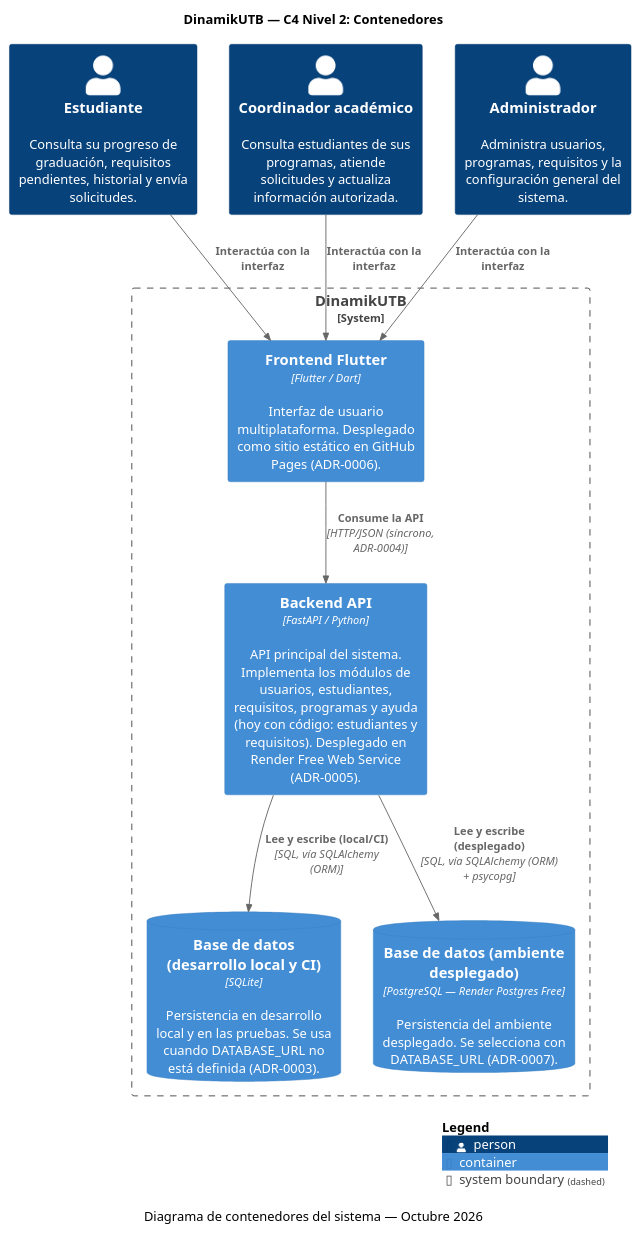
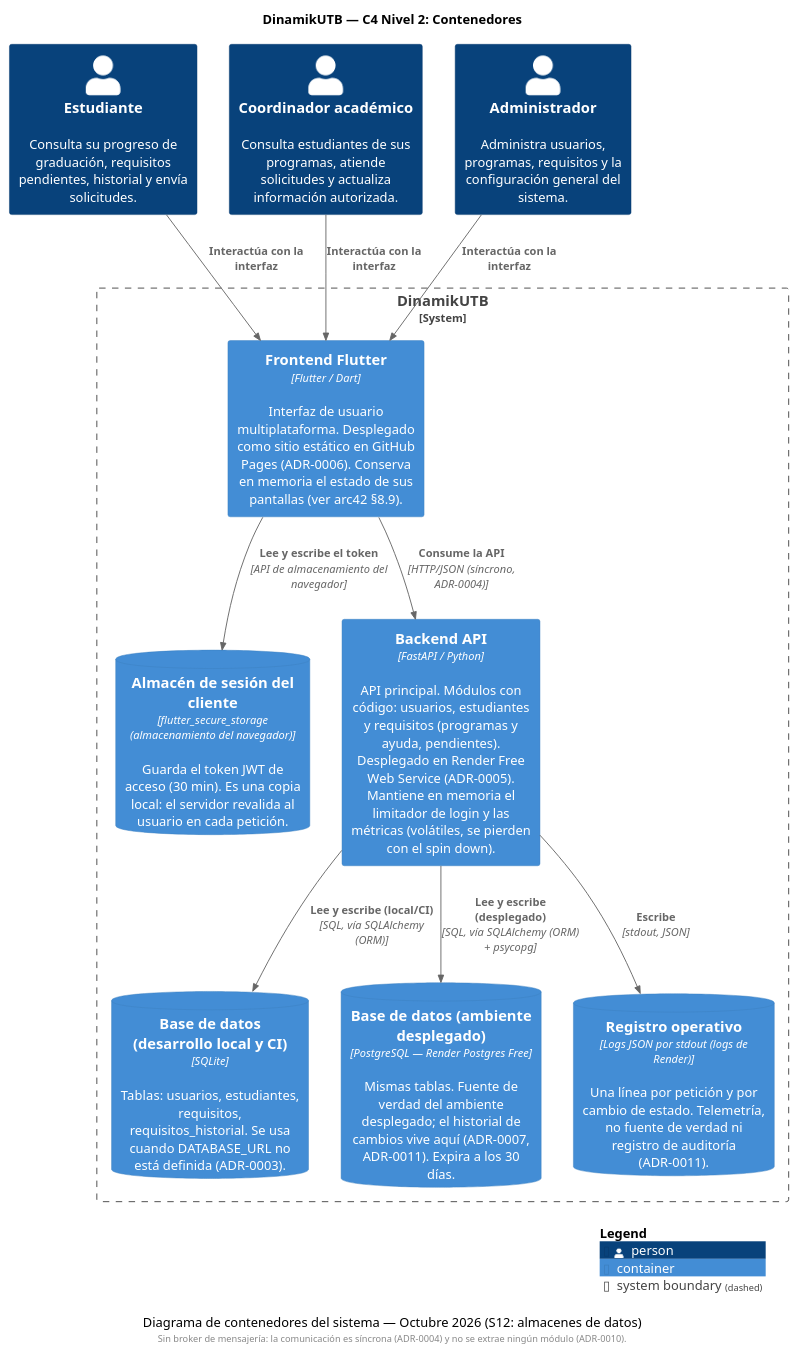
Before and after one commit to ISCOUTB/AS_202620_DinamikUTB: the diagram in docs/c4/contenedores.puml, drawn with PlantUML.

```diff
--- a/docs/c4/contenedores.puml
+++ b/docs/c4/contenedores.puml
@@ -1,26 +1,32 @@
 @startuml
 !include https://raw.githubusercontent.com/plantuml-stdlib/C4-PlantUML/master/C4_Container.puml
 
 title DinamikUTB — C4 Nivel 2: Contenedores
-caption Diagrama de contenedores del sistema — Octubre 2026
+caption Diagrama de contenedores del sistema — Octubre 2026 (S12: almacenes de datos)
 
 Person(estudiante, "Estudiante", "Consulta su progreso de graduación, requisitos pendientes, historial y envía solicitudes.")
 Person(coordinador, "Coordinador académico", "Consulta estudiantes de sus programas, atiende solicitudes y actualiza información autorizada.")
 Person(administrador, "Administrador", "Administra usuarios, programas, requisitos y la configuración general del sistema.")
 
 System_Boundary(dinamik, "DinamikUTB") {
-    Container(frontend, "Frontend Flutter", "Flutter / Dart", "Interfaz de usuario multiplataforma. Desplegado como sitio estático en GitHub Pages (ADR-0006).")
-    Container(backend, "Backend API", "FastAPI / Python", "API principal del sistema. Implementa los módulos de usuarios, estudiantes, requisitos, programas y ayuda (hoy con código: estudiantes y requisitos). Desplegado en Render Free Web Service (ADR-0005).")
-    ContainerDb(database_local, "Base de datos (desarrollo local y CI)", "SQLite", "Persistencia en desarrollo local y en las pruebas. Se usa cuando DATABASE_URL no está definida (ADR-0003).")
-    ContainerDb(database_prod, "Base de datos (ambiente desplegado)", "PostgreSQL — Render Postgres Free", "Persistencia del ambiente desplegado. Se selecciona con DATABASE_URL (ADR-0007).")
+    Container(frontend, "Frontend Flutter", "Flutter / Dart", "Interfaz de usuario multiplataforma. Desplegado como sitio estático en GitHub Pages (ADR-0006). Conserva en memoria el estado de sus pantallas (ver arc42 §8.9).")
+    ContainerDb(token_store, "Almacén de sesión del cliente", "flutter_secure_storage (almacenamiento del navegador)", "Guarda el token JWT de acceso (30 min). Es una copia local: el servidor revalida al usuario en cada petición.")
+    Container(backend, "Backend API", "FastAPI / Python", "API principal. Módulos con código: usuarios, estudiantes y requisitos (programas y ayuda, pendientes). Desplegado en Render Free Web Service (ADR-0005). Mantiene en memoria el limitador de login y las métricas (volátiles, se pierden con el spin down).")
+    ContainerDb(database_local, "Base de datos (desarrollo local y CI)", "SQLite", "Tablas: usuarios, estudiantes, requisitos, requisitos_historial. Se usa cuando DATABASE_URL no está definida (ADR-0003).")
+    ContainerDb(database_prod, "Base de datos (ambiente desplegado)", "PostgreSQL — Render Postgres Free", "Mismas tablas. Fuente de verdad del ambiente desplegado; el historial de cambios vive aquí (ADR-0007, ADR-0011). Expira a los 30 días.")
+    ContainerDb(logs, "Registro operativo", "Logs JSON por stdout (logs de Render)", "Una línea por petición y por cambio de estado. Telemetría, no fuente de verdad ni registro de auditoría (ADR-0011).")
 }
 
 Rel(estudiante, frontend, "Interactúa con la interfaz")
 Rel(coordinador, frontend, "Interactúa con la interfaz")
 Rel(administrador, frontend, "Interactúa con la interfaz")
+Rel(frontend, token_store, "Lee y escribe el token", "API de almacenamiento del navegador")
 Rel(frontend, backend, "Consume la API", "HTTP/JSON (síncrono, ADR-0004)")
 Rel(backend, database_local, "Lee y escribe (local/CI)", "SQL, vía SQLAlchemy (ORM)")
 Rel(backend, database_prod, "Lee y escribe (desplegado)", "SQL, vía SQLAlchemy (ORM) + psycopg")
+Rel(backend, logs, "Escribe", "stdout, JSON")
+
+footer Sin broker de mensajería: la comunicación es síncrona (ADR-0004) y no se extrae ningún módulo (ADR-0010).
 
 SHOW_LEGEND()
 @enduml
```
